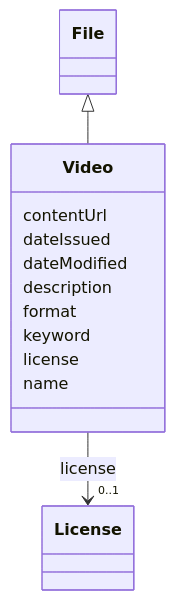
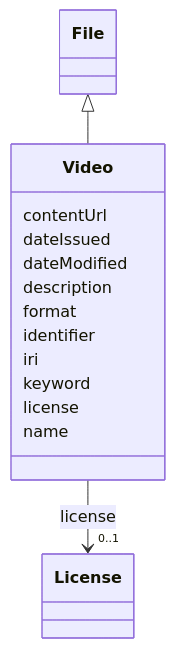
One commit to EVORA-project/evora-ontology changed the diagram in models/docs/Video.md. Above: the diagram before and after it, drawn with Mermaid. The commit also changed other lines of this file and 391 other files, not shown here.

````diff
--- a/models/docs/Video.md
+++ b/models/docs/Video.md
@@ -19,32 +19,36 @@
 ```mermaid
  classDiagram
     class Video
     click Video href "../Video"
       File <|-- Video
         click File href "../File"
       
       Video : contentUrl
         
       Video : dateIssued
         
       Video : dateModified
         
       Video : description
         
       Video : format
         
+      Video : identifier
+        
+      Video : iri
+        
       Video : keyword
         
       Video : license
         
           
     
     
     Video --> "0..1" License : license
     click License href "../License"
 
         
       Video : name
         
       
 ```
````
